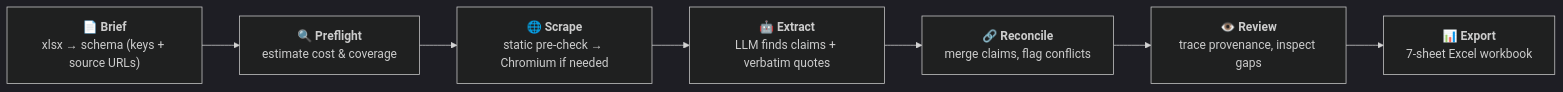
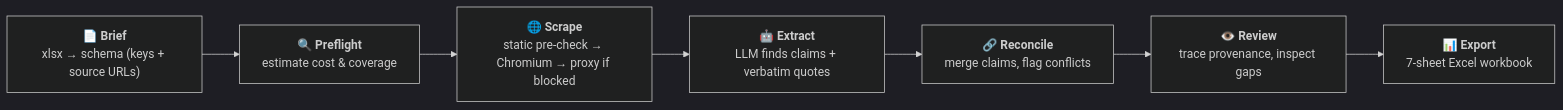
Before and after one commit to Ali0x2f/seo_pipeline: the diagram in README.md, drawn with Mermaid (dark theme). The commit also changed other lines of this file and 6 other files, not shown here.

Commit message:
feat: add ScrapeOps proxy fallback for blocked pages + reddit support

````diff
--- a/README.md
+++ b/README.md
@@ -6,9 +6,9 @@
 ```mermaid
 flowchart LR
     A["📄 <b>Brief</b><br/>xlsx → schema (keys + source URLs)"] --> B["🔍 <b>Preflight</b><br/>estimate cost & coverage"]
-    B --> C["🌐 <b>Scrape</b><br/>static pre-check → Chromium if needed"]
+    B --> C["🌐 <b>Scrape</b><br/>static pre-check → Chromium → proxy if blocked"]
     C --> D["🤖 <b>Extract</b><br/>LLM finds claims + verbatim quotes"]
     D --> E["🔗 <b>Reconcile</b><br/>merge claims, flag conflicts"]
     E --> F["👁️ <b>Review</b><br/>trace provenance, inspect gaps"]
     F --> G["📊 <b>Export</b><br/>7-sheet Excel workbook"]
 ```
````
